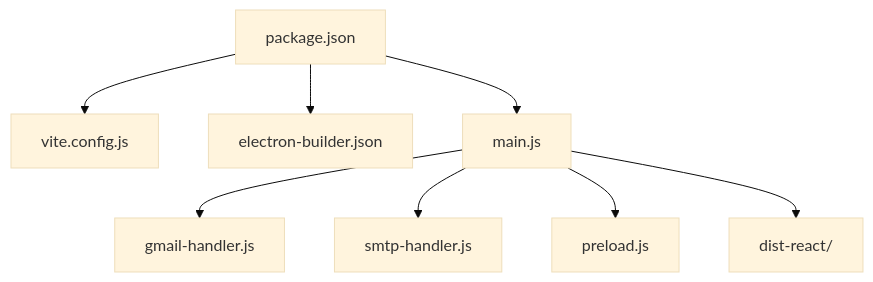
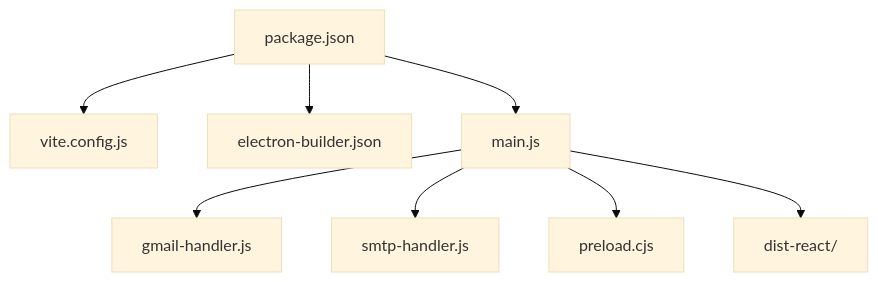
The tenth of 13 diagrams in src/data/docs/bulk-messaging-system/Desktop Application Architecture/Desktop Application Architecture.md (tashifkhan/tashif.codes), drawn with Mermaid (base theme) before and after one commit. The commit also changed other lines of this file and 2128 other files, not shown here.

First line of the commit message:
docs: replace raster diagram images with native Mermaid across project guides

````diff
--- a/src/data/docs/bulk-messaging-system/Desktop Application Architecture/Desktop Application Architecture.md
+++ b/src/data/docs/bulk-messaging-system/Desktop Application Architecture/Desktop Application Architecture.md
@@ -249,13 +258,13 @@
 ```mermaid
 graph TB
 PJSON["package.json"]
 VCFG["vite.config.js"]
 EBCFG["electron-builder.json"]
 PJSON --> VCFG
 PJSON --> EBCFG
 PJSON --> MAIN["main.js"]
 MAIN --> GH["gmail-handler.js"]
 MAIN --> SH["smtp-handler.js"]
-MAIN --> PRE["preload.js"]
+MAIN --> PRE["preload.cjs"]
 MAIN --> DIST["dist-react/"]
 ```
````
